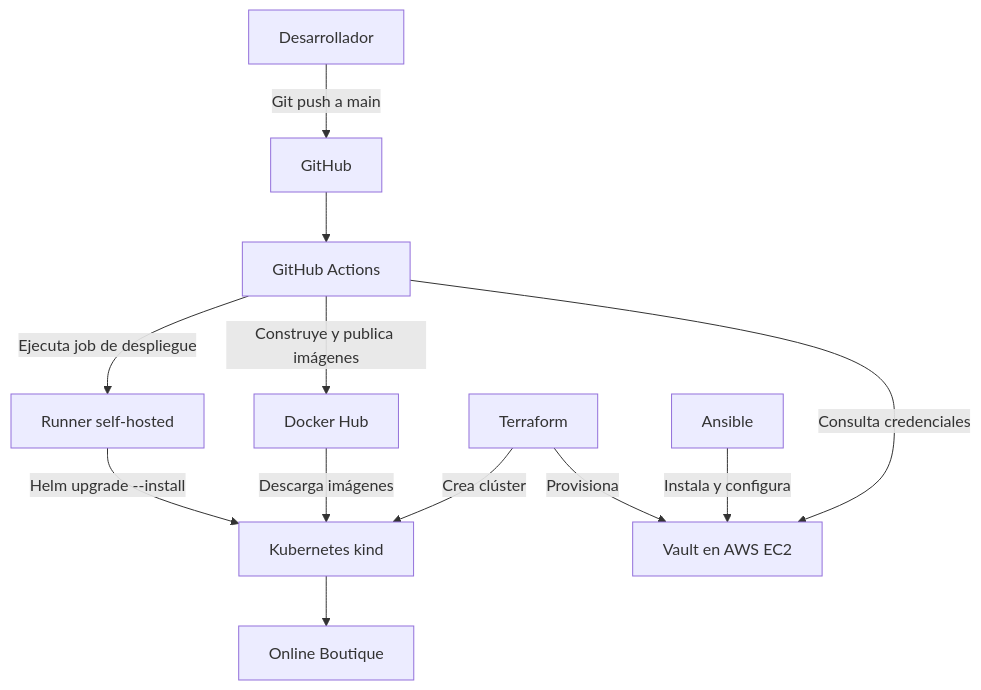
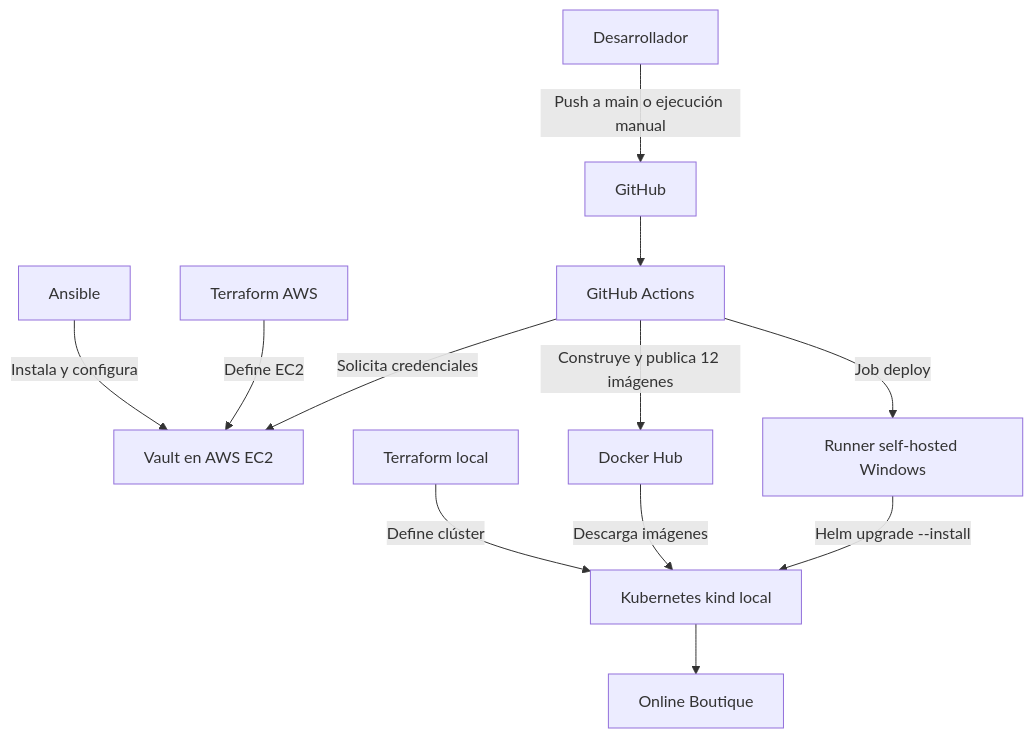
One commit to bobbycheeza/microservices-demo changed the diagram in README-DEVOPS.md. Above: the diagram before and after it, drawn with Mermaid. The commit also changed other lines of this file, not shown here.

````diff
--- a/README-DEVOPS.md
+++ b/README-DEVOPS.md
@@ -41,14 +39,14 @@
 ```mermaid
 flowchart TD
-    A[Desarrollador] -->|Git push a main| B[GitHub]
+    A[Desarrollador] -->|Push a main o ejecución manual| B[GitHub]
     B --> C[GitHub Actions]
-    C -->|Consulta credenciales| D[Vault en AWS EC2]
-    C -->|Construye y publica imágenes| E[Docker Hub]
-    C -->|Ejecuta job de despliegue| F[Runner self-hosted]
-    F -->|Helm upgrade --install| G[Kubernetes kind]
+    C -->|Solicita credenciales| D[Vault en AWS EC2]
+    C -->|Construye y publica 12 imágenes| E[Docker Hub]
+    C -->|Job deploy| F[Runner self-hosted Windows]
+    F -->|Helm upgrade --install| G[Kubernetes kind local]
     E -->|Descarga imágenes| G
     G --> H[Online Boutique]
-    I[Terraform] -->|Provisiona| D
-    I -->|Crea clúster| G
+    I[Terraform AWS] -->|Define EC2| D
     J[Ansible] -->|Instala y configura| D
+    K[Terraform local] -->|Define clúster| G
 ```
````
